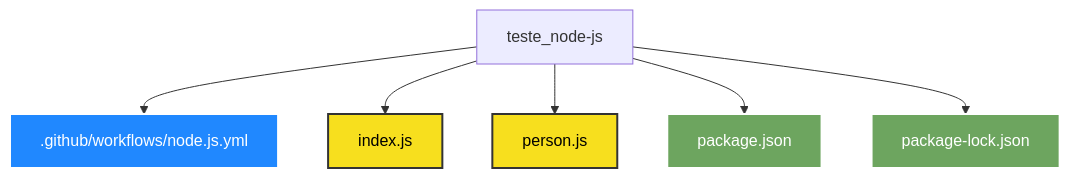
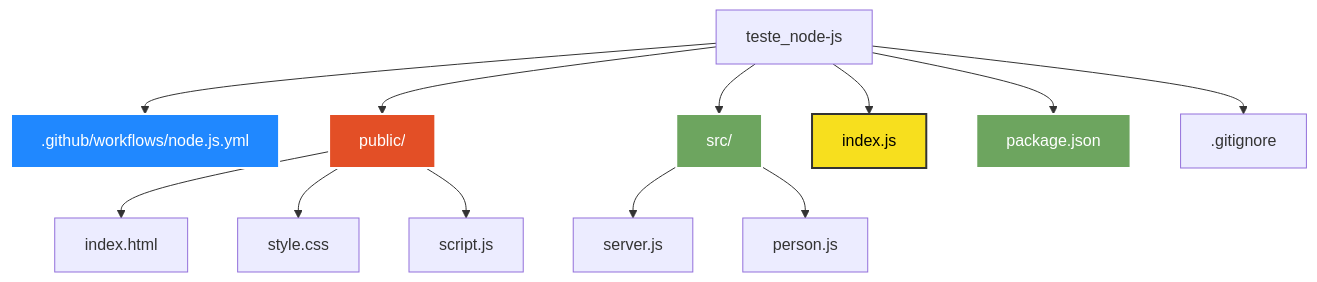
Before and after one commit to AliceSilva2012/teste_node-js: the diagram in README.md, drawn with Mermaid. The commit also changed other lines of this file, not shown here.

````diff
--- a/README.md
+++ b/README.md
@@ -89,14 +114,22 @@
 ```mermaid
 graph TD
     A[teste_node-js] --> B[.github/workflows/node.js.yml]
-    A --> C[index.js]
-    A --> D[person.js]
-    A --> E[package.json]
-    A --> F[package-lock.json]
+    A --> C[public/]
+    A --> D[src/]
+    A --> E[index.js]
+    A --> F[package.json]
+    A --> G[.gitignore]
+
+    C --> C1[index.html]
+    C --> C2[style.css]
+    C --> C3[script.js]
+
+    D --> D1[server.js]
+    D --> D2[person.js]
 
     style B fill:#2088ff,stroke:#fff,stroke-width:2px,color:#fff
-    style C fill:#f7df1e,stroke:#333,stroke-width:2px,color:#000
-    style D fill:#f7df1e,stroke:#333,stroke-width:2px,color:#000
-    style E fill:#6da55f,stroke:#fff,stroke-width:2px,color:#fff
+    style C fill:#e34f26,stroke:#fff,stroke-width:2px,color:#fff
+    style D fill:#6da55f,stroke:#fff,stroke-width:2px,color:#fff
+    style E fill:#f7df1e,stroke:#333,stroke-width:2px,color:#000
     style F fill:#6da55f,stroke:#fff,stroke-width:2px,color:#fff
 ```
````
